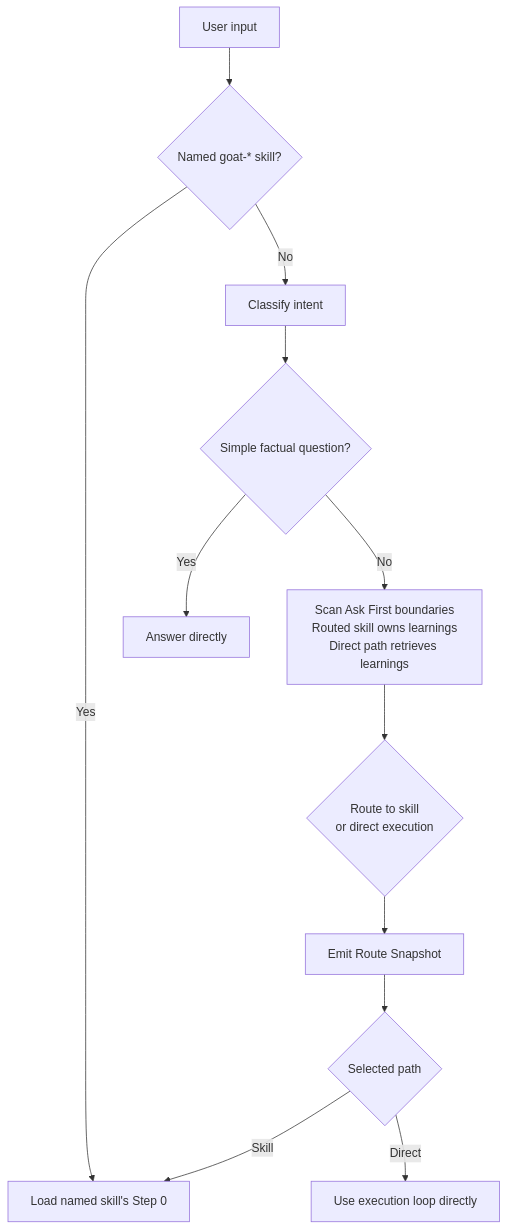
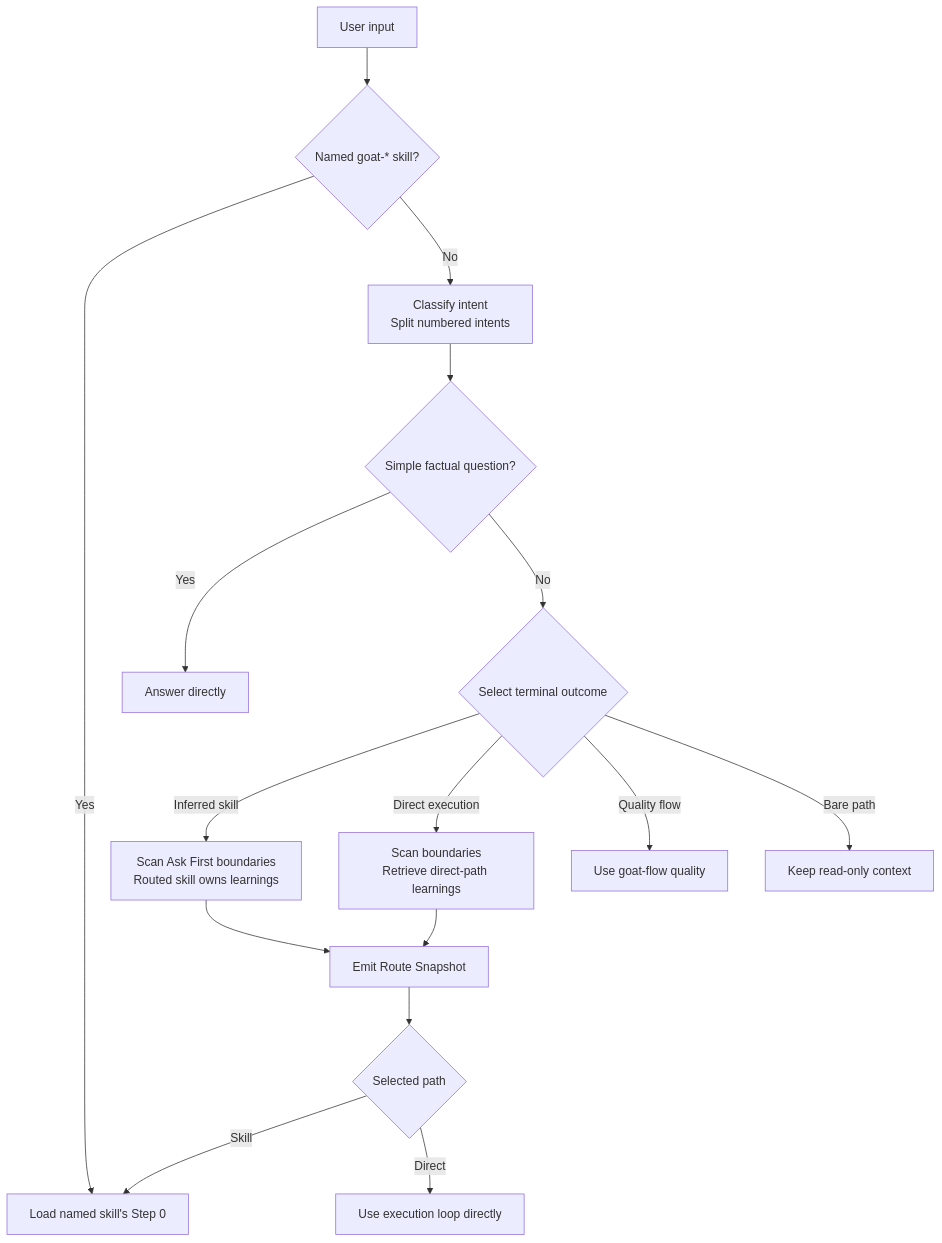
Before and after one commit to blundergoat/goat-flow: the second of 9 diagrams in docs/skills.md, drawn with Mermaid. The commit also changed other lines of this file and 28 other files, not shown here.

````diff
--- a/docs/skills.md
+++ b/docs/skills.md
@@ -69,14 +69,18 @@
 ```mermaid
 flowchart TD
     Input["User input"] --> Explicit{"Named goat-* skill?"}
     Explicit -->|Yes| Execute["Load named skill's Step 0"]
-    Explicit -->|No| Understand["Classify intent"]
+    Explicit -->|No| Understand["Classify intent\nSplit numbered intents"]
     Understand --> Simple{"Simple factual question?"}
     Simple -->|Yes| Answer["Answer directly"]
-    Simple -->|No| Gather["Scan Ask First boundaries\nRouted skill owns learnings\nDirect path retrieves learnings"]
-    Gather --> Route{"Route to skill\nor direct execution"}
-    Route --> Snapshot["Emit Route Snapshot"]
+    Simple -->|No| Outcome{"Select terminal outcome"}
+    Outcome -->|Inferred skill| Gather["Scan Ask First boundaries\nRouted skill owns learnings"]
+    Outcome -->|Direct execution| Retrieve["Scan boundaries\nRetrieve direct-path learnings"]
+    Outcome -->|Quality flow| Quality["Use goat-flow quality"]
+    Outcome -->|Bare path| Context["Keep read-only context"]
+    Gather --> Snapshot["Emit Route Snapshot"]
+    Retrieve --> Snapshot
     Snapshot --> Destination{"Selected path"}
     Destination -->|Skill| Execute
     Destination -->|Direct| Direct["Use execution loop directly"]
 ```
````
